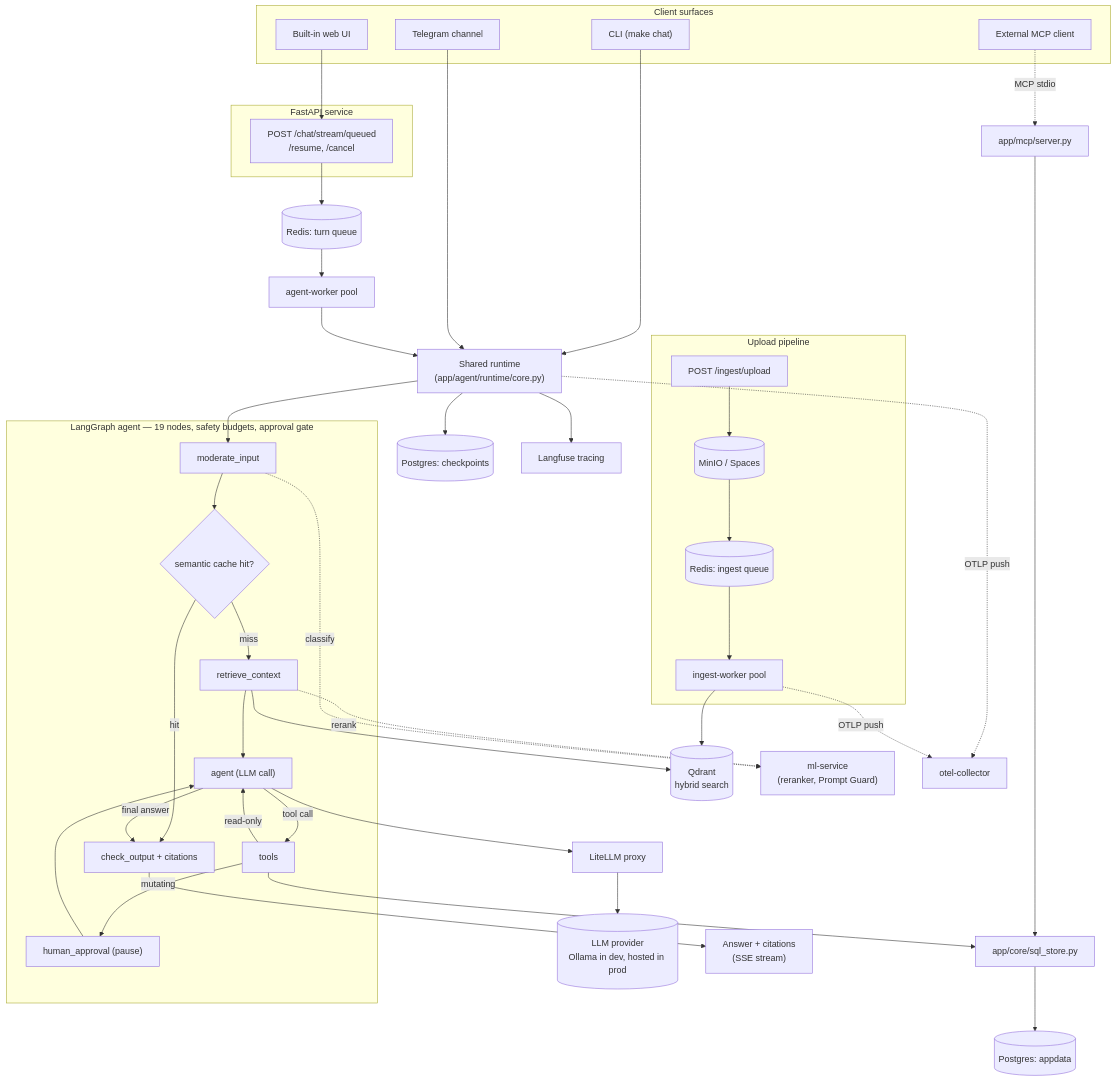
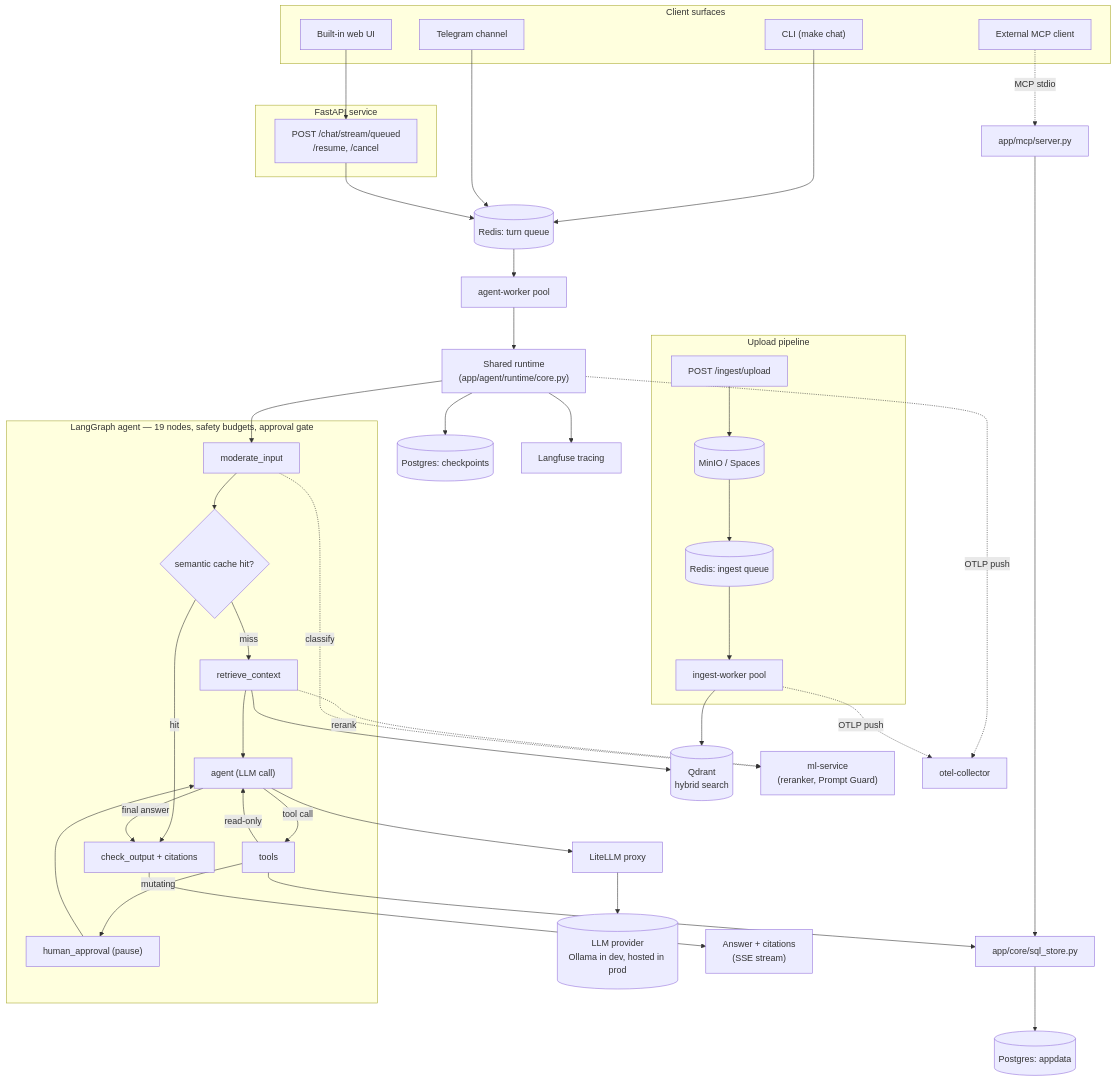
One commit to truongpx396/agent-core-demo changed the diagram in README.md. Above: the diagram before and after it, drawn with Mermaid. The commit also changed other lines of this file and 13 other files, not shown here.

First line of the commit message:
feat: the CLI and the Telegram channel run their turns on the queue (channels through the queue, 2/2) (#213)

````diff
--- a/README.md
+++ b/README.md
@@ -37,62 +39,62 @@
 ```mermaid
 flowchart TB
     subgraph clients_sg["Client surfaces"]
         CLI["CLI (make chat)"]
         WebUI["Built-in web UI"]
         Telegram["Telegram channel"]
         ExtMCP["External MCP client"]
     end
 
     subgraph api_sg["FastAPI service"]
         Queued["POST /chat/stream/queued<br/>/resume, /cancel"]
     end
 
-    CLI --> Runtime["Shared runtime<br/>(app/agent/runtime/core.py)"]
     WebUI --> Queued
-    Telegram --> Runtime
+    CLI --> TurnQueue
+    Telegram --> TurnQueue
     ExtMCP -. MCP stdio .-> MCPServer["app/mcp/server.py"]
 
     Queued --> TurnQueue[("Redis: turn queue")]
     TurnQueue --> AgentWorker["agent-worker pool"]
-    AgentWorker --> Runtime
+    AgentWorker --> Runtime["Shared runtime<br/>(app/agent/runtime/core.py)"]
 
     Runtime --> Moderate
 
     subgraph agent_sg["LangGraph agent — 19 nodes, safety budgets, approval gate"]
         Moderate["moderate_input"]
         CacheCheck{"semantic cache hit?"}
         Retrieve["retrieve_context"]
         AgentNode["agent (LLM call)"]
         ToolsNode["tools"]
         HITL["human_approval (pause)"]
         Output["check_output + citations"]
     end
 
     Moderate --> CacheCheck
     CacheCheck -- miss --> Retrieve --> AgentNode
     CacheCheck -- hit --> Output
     AgentNode -- tool call --> ToolsNode
     ToolsNode -- mutating --> HITL --> AgentNode
     ToolsNode -- read-only --> AgentNode
     AgentNode -- final answer --> Output
 
     MCPServer --> SQL["app/core/sql_store.py"]
     ToolsNode --> SQL
     SQL --> Postgres[("Postgres: appdata")]
     Retrieve --> Qdrant[("Qdrant<br/>hybrid search")]
     Retrieve -. rerank .-> MLService["ml-service<br/>(reranker, Prompt Guard)"]
     Moderate -. classify .-> MLService
     AgentNode --> LiteLLM["LiteLLM proxy"] --> LLM[("LLM provider<br/>Ollama in dev, hosted in prod")]
     Runtime --> Checkpointer[("Postgres: checkpoints")]
     Runtime --> Langfuse["Langfuse tracing"]
     Runtime -. OTLP push .-> OtelCollector["otel-collector"]
     Output --> ClientResponse["Answer + citations<br/>(SSE stream)"]
 
     subgraph ingest_sg["Upload pipeline"]
         UploadEP["POST /ingest/upload"] --> ObjectStore[("MinIO / Spaces")]
         ObjectStore --> IngestQueue[("Redis: ingest queue")]
         IngestQueue --> IngestWorker["ingest-worker pool"]
     end
     IngestWorker --> Qdrant
     IngestWorker -. OTLP push .-> OtelCollector
 ```
````
